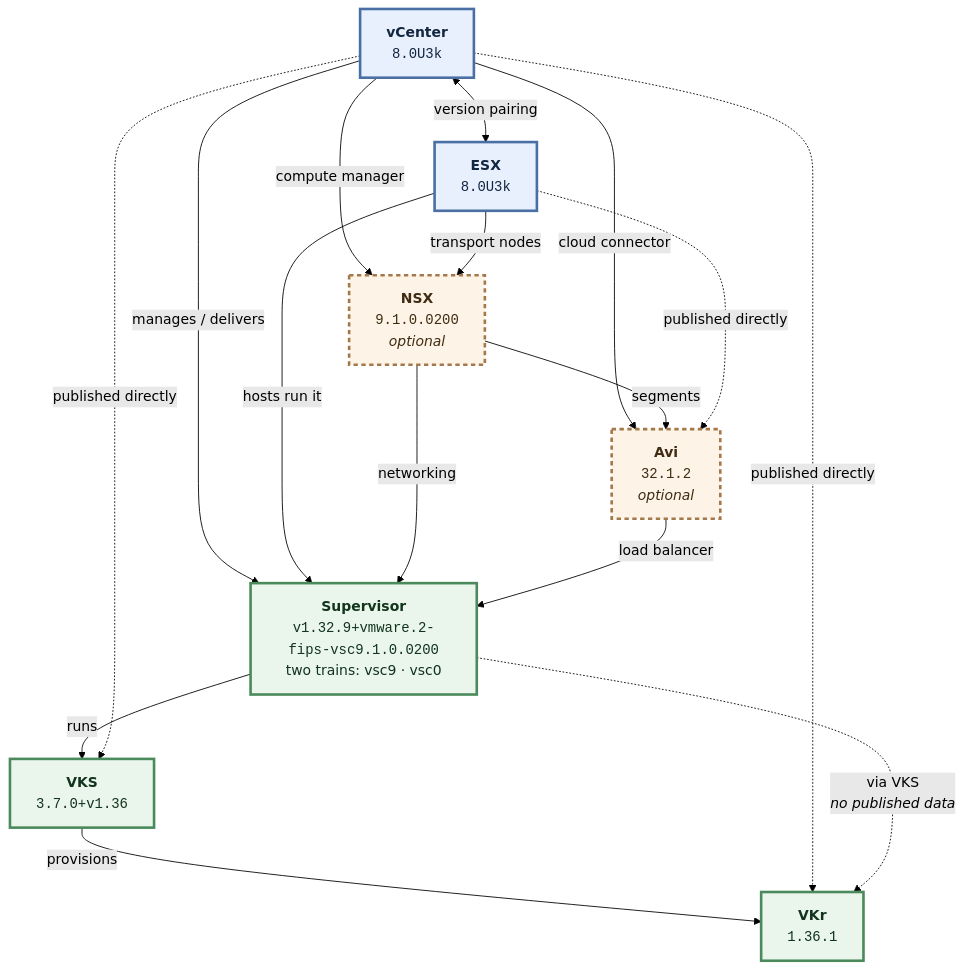
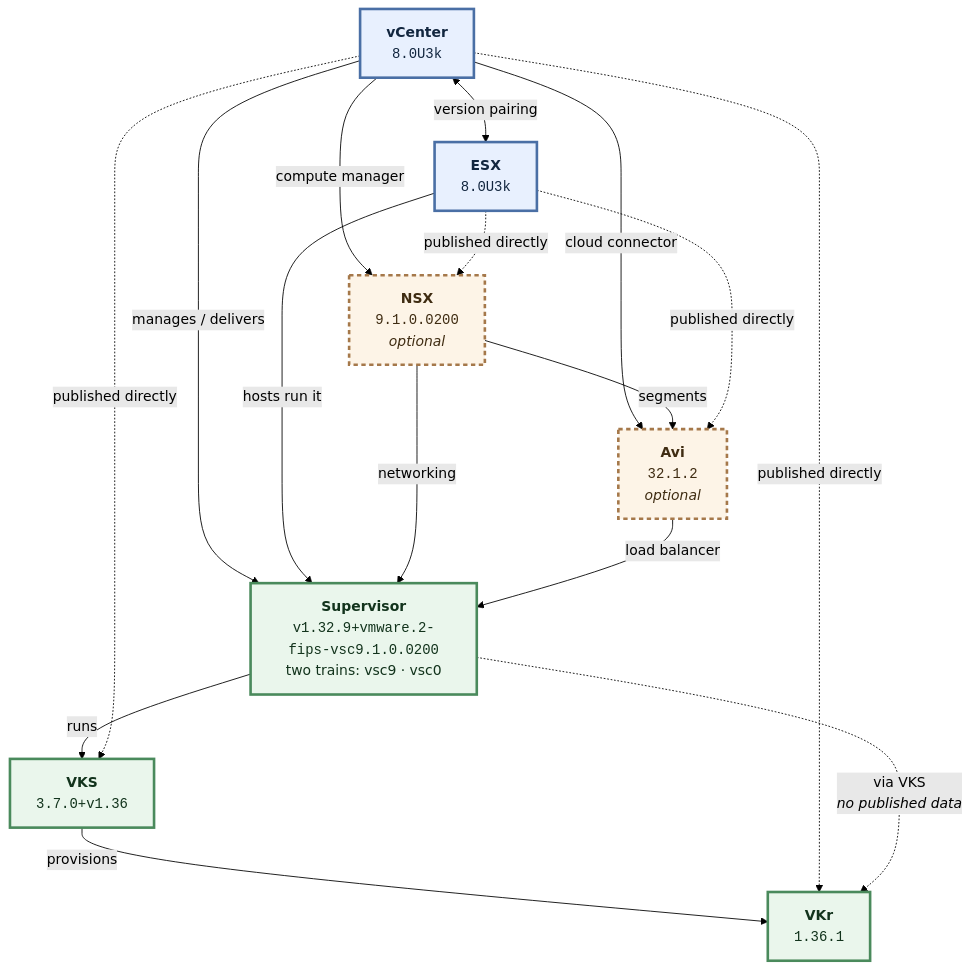
Before and after one commit to warroyo/vkstack: the diagram in docs/model.md, drawn with Mermaid (forest theme). The commit also changed other lines of this file and 4 other files, not shown here.

````diff
--- a/docs/model.md
+++ b/docs/model.md
@@ -12,33 +12,33 @@
 ```mermaid
 flowchart TD
     VCENTER["<b>vCenter</b><br/><code>8.0U3k</code>"]
     ESX["<b>ESX</b><br/><code>8.0U3k</code>"]
     NSX["<b>NSX</b><br/><code>9.1.0.0200</code><br/><i>optional</i>"]
     AVI["<b>Avi</b><br/><code>32.1.2</code><br/><i>optional</i>"]
     SUPERVISOR["<b>Supervisor</b><br/><code>v1.32.9+vmware.2-fips-vsc9.1.0.0200</code><br/>two trains: vsc9 · vsc0"]
     VKS["<b>VKS</b><br/><code>3.7.0+v1.36</code>"]
     VKR["<b>VKr</b><br/><code>1.36.1</code>"]
 
     VCENTER <-->|"version pairing"| ESX
     VCENTER -->|"manages / delivers"| SUPERVISOR
     ESX -->|"hosts run it"| SUPERVISOR
     SUPERVISOR -->|"runs"| VKS
     VKS -->|"provisions"| VKR
     VCENTER -.->|"published directly"| VKS
     VCENTER -.->|"published directly"| VKR
     SUPERVISOR -.->|"via VKS<br/><i>no published data</i>"| VKR
     VCENTER -->|"compute manager"| NSX
-    ESX -->|"transport nodes"| NSX
+    ESX -.->|"published directly"| NSX
     NSX -->|"networking"| SUPERVISOR
     VCENTER -->|"cloud connector"| AVI
     NSX -->|"segments"| AVI
     AVI -->|"load balancer"| SUPERVISOR
     ESX -.->|"published directly"| AVI
 
     classDef base fill:#e8f0fe,stroke:#4a6fa5,stroke-width:3px,color:#12263f
     classDef k8s fill:#eaf6ec,stroke:#4a8a5c,stroke-width:3px,color:#12331c
     classDef optional fill:#fdf4e7,stroke:#a5784a,stroke-width:3px,stroke-dasharray:5 4,color:#3f2c12
     class VCENTER,ESX base
     class SUPERVISOR,VKS,VKR k8s
     class NSX,AVI optional
 ```
````
